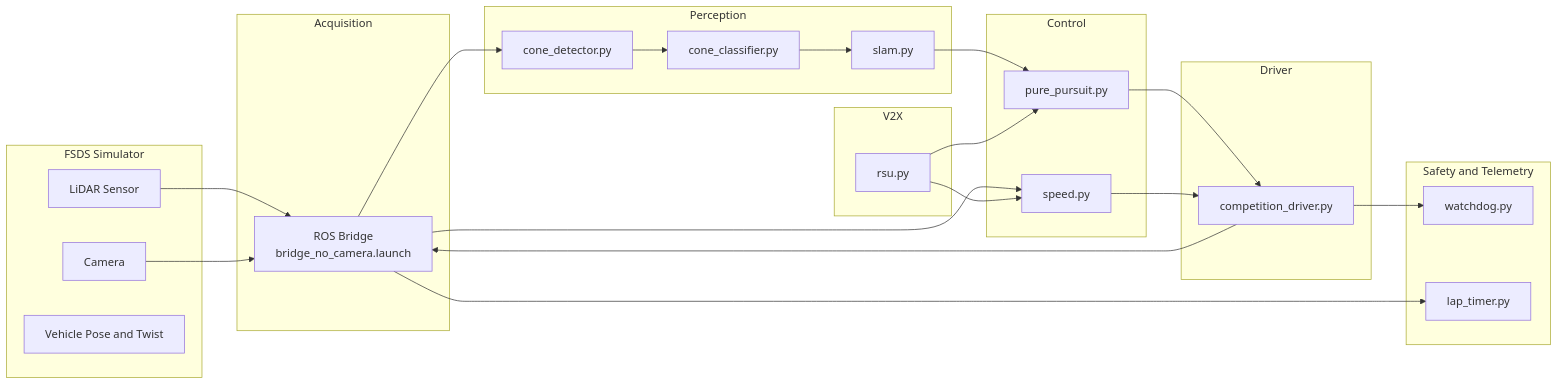
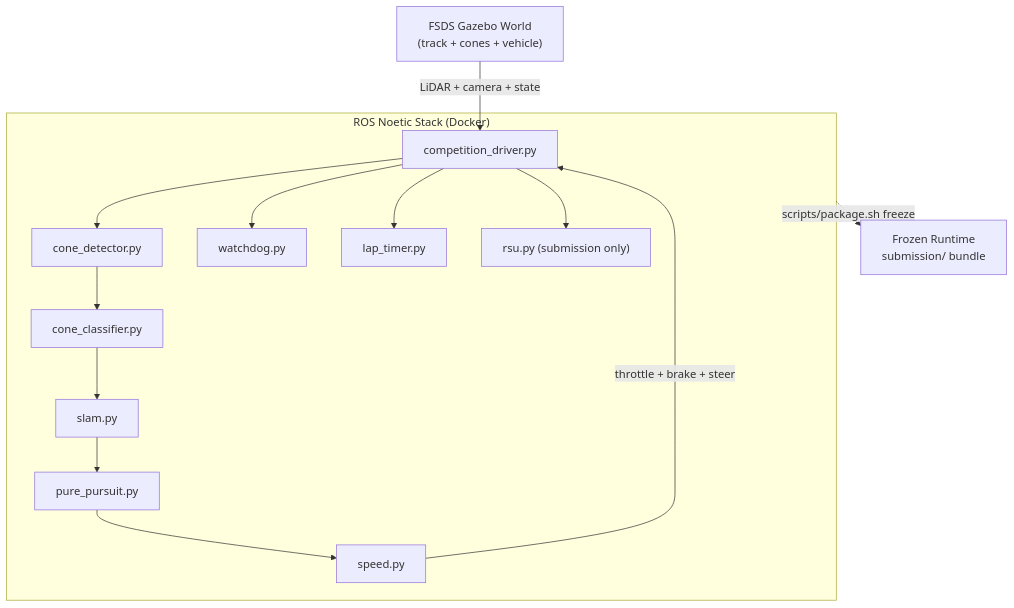
One commit to jclee941/hycu_fsds changed the diagram in README.md. Above: the diagram before and after it, drawn with Mermaid. The commit also changed other lines of this file, not shown here.

````diff
--- a/README.md
+++ b/README.md
@@ -69,51 +70,30 @@
 ```mermaid
-flowchart LR
-    subgraph SIM["FSDS Simulator"]
-        LIDAR["LiDAR Sensor"]
-        CAM["Camera"]
-        POSE["Vehicle Pose and Twist"]
+flowchart TB
+    World["FSDS Gazebo World<br/>(track + cones + vehicle)"]
+
+    subgraph Stack["ROS Noetic Stack (Docker)"]
+        Driver["competition_driver.py"]
+        CD["cone_detector.py"]
+        CC["cone_classifier.py"]
+        SLAM["slam.py"]
+        PP["pure_pursuit.py"]
+        SP["speed.py"]
+        WD["watchdog.py"]
+        LT["lap_timer.py"]
+        RSU["rsu.py (submission only)"]
     end
 
-    subgraph IO["Acquisition"]
-        BRIDGE["ROS Bridge<br/>bridge_no_camera.launch"]
-    end
+    Frozen["Frozen Runtime<br/>submission/ bundle"]
 
-    subgraph PERC["Perception"]
-        DET["cone_detector.py"]
-        CLS["cone_classifier.py"]
-        SLAM["slam.py"]
-    end
-
-    subgraph V2X["V2X"]
-        RSU["rsu.py"]
-    end
-
-    subgraph CTRL["Control"]
-        PP["pure_pursuit.py"]
-        SPD["speed.py"]
-    end
-
-    subgraph DRV["Driver"]
-        DRIVER["competition_driver.py"]
-    end
-
-    subgraph SAFE["Safety and Telemetry"]
-        WD["watchdog.py"]
-        LT["lap_timer.py"]
-    end
-
-    LIDAR --> BRIDGE
-    CAM --> BRIDGE
-    BRIDGE --> DET
-    DET --> CLS
-    CLS --> SLAM
+    World -->|"LiDAR + camera + state"| Driver
+    Driver --> CD
+    CD --> CC
+    CC --> SLAM
     SLAM --> PP
-    BRIDGE --> SPD
-    RSU --> PP
-    RSU --> SPD
-    PP --> DRIVER
-    SPD --> DRIVER
-    DRIVER --> BRIDGE
-    DRIVER --> WD
-    BRIDGE --> LT
+    PP --> SP
+    SP -->|"throttle + brake + steer"| Driver
+    Driver --> WD
+    Driver --> LT
+    Driver --> RSU
+    Stack -. "scripts/package.sh freeze" .-> Frozen
 ```
````
